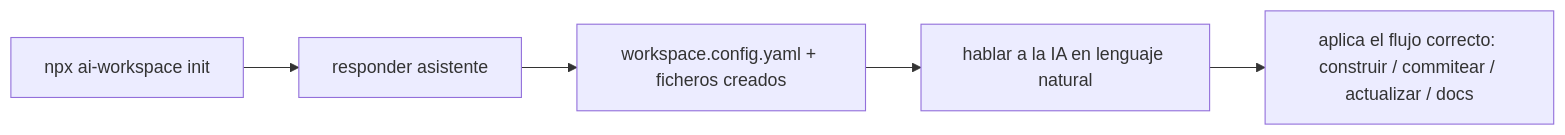
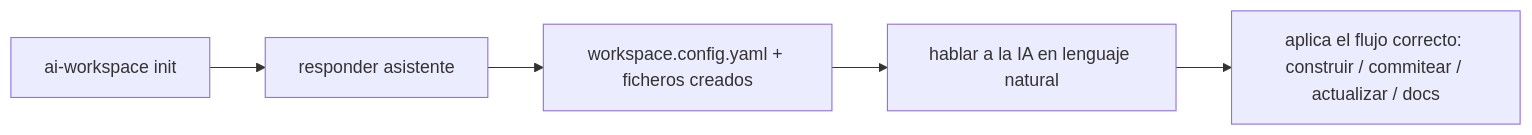
Before and after one commit to grojof/ai-workspace-generator: the first of 4 diagrams in README.es.md, drawn with Mermaid. The commit also changed other lines of this file and 9 other files, not shown here.

First line of the commit message:
docs: integrate QUICKSTART into the READMEs and quote Mermaid labels

````diff
--- a/README.es.md
+++ b/README.es.md
@@ -53,7 +55,7 @@
 ```mermaid
 flowchart LR
-  A[npx ai-workspace init] --> B[responder asistente]
+  A[ai-workspace init] --> B[responder asistente]
   B --> C["workspace.config.yaml + ficheros creados"]
   C --> D[hablar a la IA en lenguaje natural]
   D --> E["aplica el flujo correcto: construir / commitear / actualizar / docs"]
 ```
````
